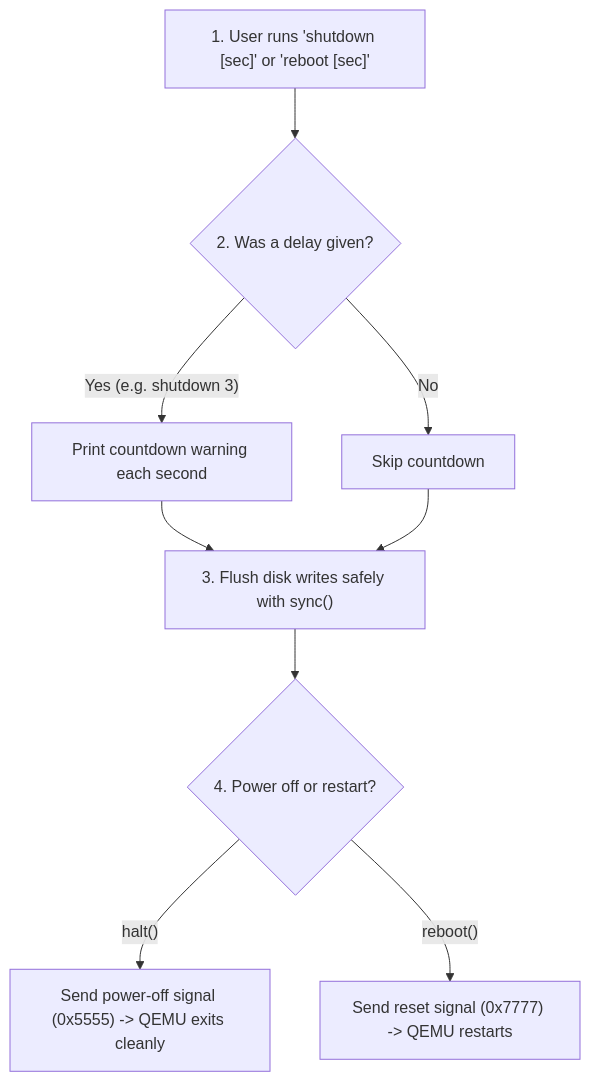
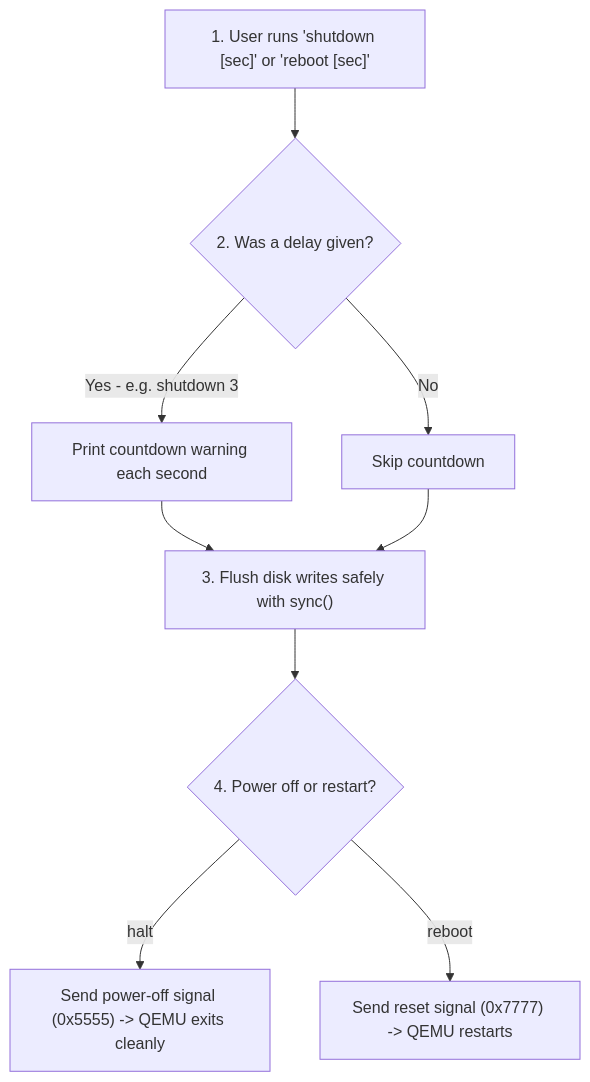
Before and after one commit to asbahkhan67-ctrl/xv6-riscv: diagram 13 of 21 in README.md, drawn with Mermaid. The commit also changed other lines of this file and 167 other files, not shown here.

````diff
--- a/README.md
+++ b/README.md
@@ -864,11 +764,11 @@
 ```mermaid
 flowchart TD
     A["1. User runs 'shutdown [sec]' or 'reboot [sec]'"] --> B{"2. Was a delay given?"}
-    B -- "Yes (e.g. shutdown 3)" --> C["Print countdown warning each second"]
-    B -- "No" --> D["Skip countdown"]
+    B -->|Yes - e.g. shutdown 3| C["Print countdown warning each second"]
+    B -->|No| D["Skip countdown"]
     C --> E["3. Flush disk writes safely with sync()"]
     D --> E
     E --> F{"4. Power off or restart?"}
-    F -- "halt()" --> G["Send power-off signal (0x5555) -> QEMU exits cleanly"]
-    F -- "reboot()" --> H["Send reset signal (0x7777) -> QEMU restarts"]
+    F -->|halt| G["Send power-off signal (0x5555) -> QEMU exits cleanly"]
+    F -->|reboot| H["Send reset signal (0x7777) -> QEMU restarts"]
 ```
````
